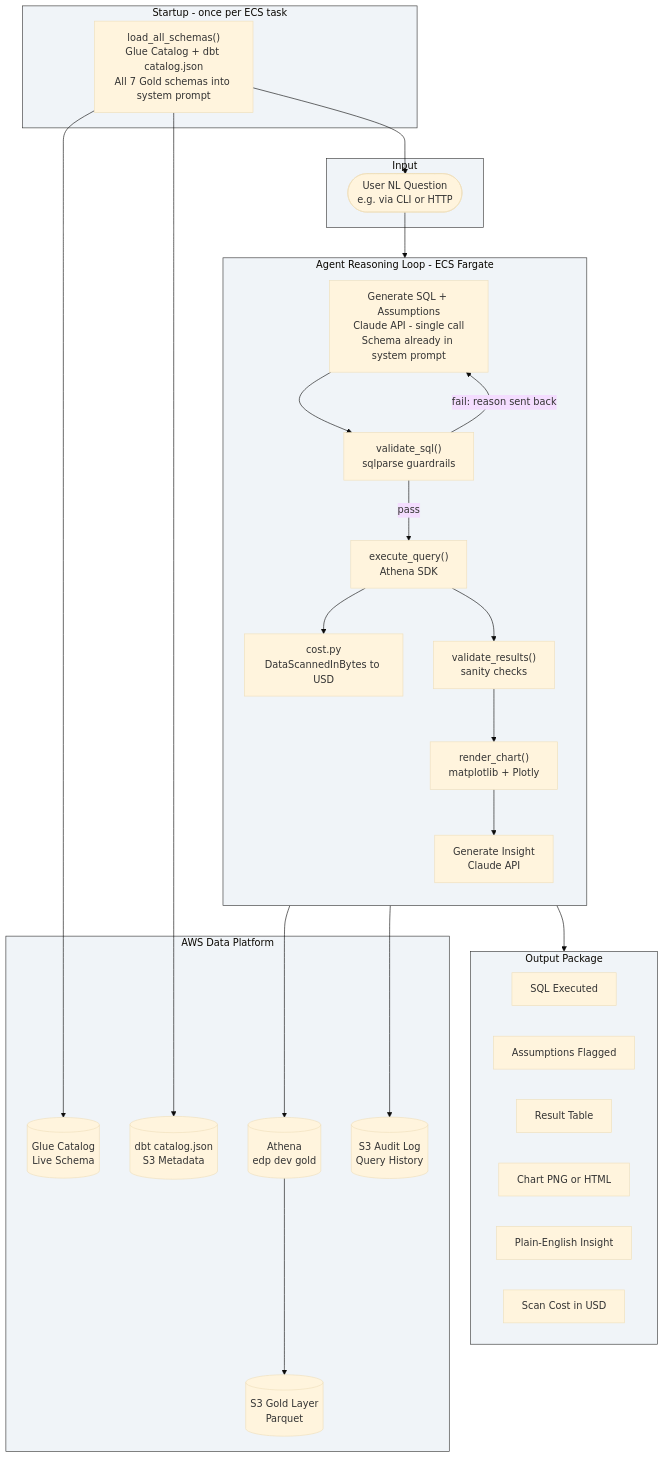
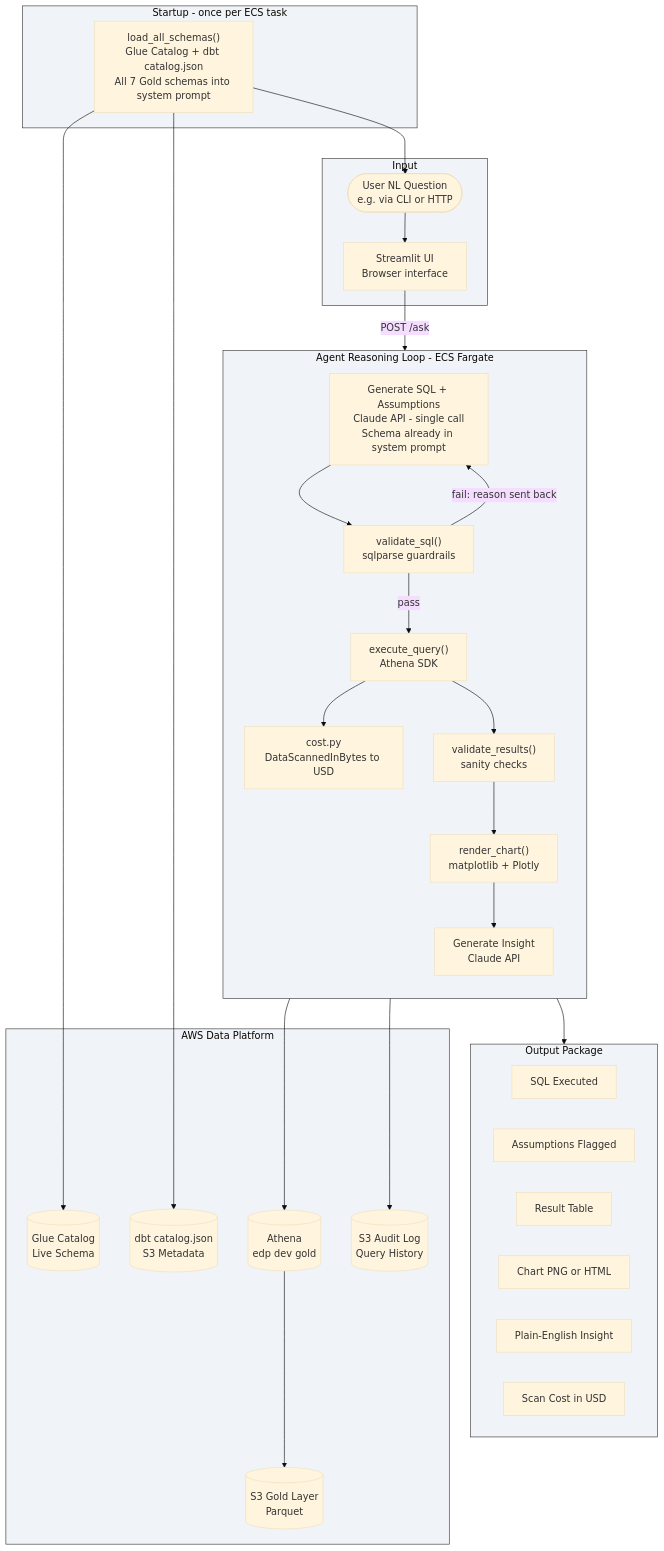
Before and after one commit to enterprise-data-platform-emeka/platform-analytics-agent: the diagram in README.md, drawn with Mermaid (base theme). The commit also changed other lines of this file, not shown here.

First line of the commit message:
Add Streamlit UI to build plan: update READMEs and DEVELOPMENT.md

````diff
--- a/README.md
+++ b/README.md
@@ -43,57 +43,59 @@
 ```mermaid
 flowchart TD
     subgraph Startup ["Startup - once per ECS task"]
         LoadSchemas["load_all_schemas()\nGlue Catalog + dbt catalog.json\nAll 7 Gold schemas into system prompt"]
     end
 
     subgraph Input ["Input"]
         User([User NL Question\ne.g. via CLI or HTTP])
+        Streamlit[Streamlit UI\nBrowser interface]
+        User --> Streamlit
     end
 
     subgraph AgentLoop ["Agent Reasoning Loop - ECS Fargate"]
         direction TB
         GenerateSQL["Generate SQL + Assumptions\nClaude API - single call\nSchema already in system prompt"]
         ValidateSQL["validate_sql()\nsqlparse guardrails"]
         Execute["execute_query()\nAthena SDK"]
         TrackCost["cost.py\nDataScannedInBytes to USD"]
         ValidateResults["validate_results()\nsanity checks"]
         RenderChart["render_chart()\nmatplotlib + Plotly"]
         Summarise[Generate Insight\nClaude API]
     end
 
     subgraph AWS ["AWS Data Platform"]
         GlueCatalog[(Glue Catalog\nLive Schema)]
         DbtArtifacts[(dbt catalog.json\nS3 Metadata)]
         Athena[(Athena\nedp dev gold)]
         S3Gold[(S3 Gold Layer\nParquet)]
         AuditLog[(S3 Audit Log\nQuery History)]
     end
 
     subgraph OutputBlock ["Output Package"]
         SQL[SQL Executed]
         Assumptions[Assumptions Flagged]
         ResultTable[Result Table]
         Chart[Chart PNG or HTML]
         Summary[Plain-English Insight]
         CostLine[Scan Cost in USD]
     end
 
     LoadSchemas --> GlueCatalog
     LoadSchemas --> DbtArtifacts
     LoadSchemas --> User
-    User --> GenerateSQL
+    Streamlit -->|POST /ask| GenerateSQL
     GenerateSQL --> ValidateSQL
     ValidateSQL -->|pass| Execute
     ValidateSQL -->|fail: reason sent back| GenerateSQL
     Execute --> Athena
     Athena --> S3Gold
     Execute --> TrackCost
     Execute --> ValidateResults
     ValidateResults --> RenderChart
     RenderChart --> Summarise
     Summarise --> OutputBlock
     Summarise --> AuditLog
 
     classDef box fill:#f0f4f8,stroke:#333,stroke-width:1px;
     class Startup,Input,AgentLoop,AWS,OutputBlock box;
 ```
````
